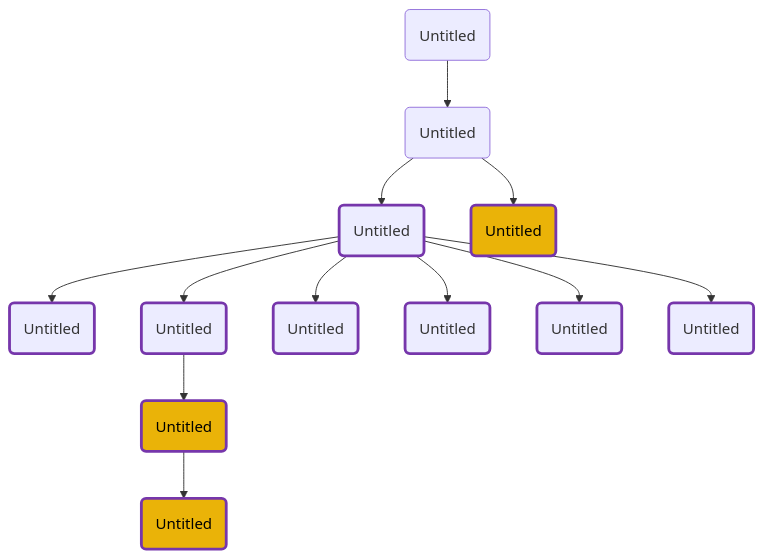
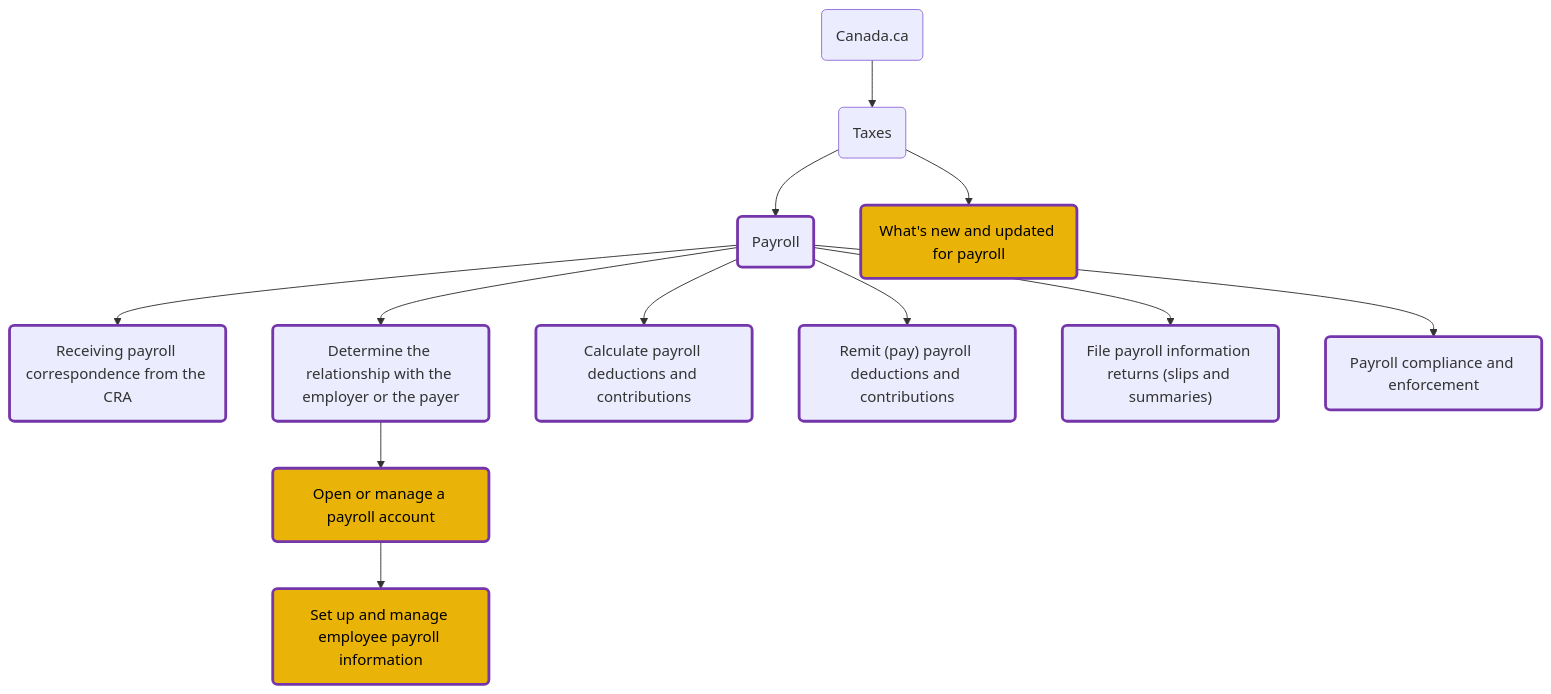
One commit to cra-proto/test-payroll-2026 changed the diagram in README.md. Above: the diagram before and after it, drawn with Mermaid.

Commit message:
Update README.md (via Design Assistant)

````diff
--- a/README.md
+++ b/README.md
@@ -32,42 +32,42 @@
 ```mermaid
 flowchart TD;
-    node1(Untitled)
-    node2(Untitled)
-    node3(Untitled)
-    node4(Untitled)
-    node5(Untitled)
-    node6(Untitled)
-    node7(Untitled)
-    node8(Untitled)
-    node9(Untitled)
-    node10(Untitled)
-    node11(Untitled)
-    node12(Untitled)
+    node1(Canada.ca)
+    node2(Taxes)
+    node3(Payroll)
+    node4(Receiving payroll correspondence from the CRA)
+    node5(Determine the relationship with the employer or the payer)
+    node6(Open or manage a payroll account)
+    node7(Set up and manage employee payroll information)
+    node8(Calculate payroll deductions and contributions)
+    node9(Remit #40;pay#41; payroll deductions and contributions)
+    node10(File payroll information returns #40;slips and summaries#41;)
+    node11(Payroll compliance and enforcement)
+    node12(What's new and updated for payroll)
     node1 --> node2
     node2 --> node3
     node3 --> node4
     node3 --> node5
     node5 --> node6
     node6 --> node7
     node3 --> node8
     node3 --> node9
     node3 --> node10
     node3 --> node11
     node2 --> node12
     click node1 "https://www.canada.ca/en.html" _blank
     click node2 "https://www.canada.ca/en/services/taxes.html" _blank
     click node3 "https://www.canada.ca/en/revenue-agency/services/tax/businesses/topics/payroll.html" _blank
     click node4 "https://www.canada.ca/en/revenue-agency/services/tax/businesses/topics/payroll/file-information-returns-slip-summaries/receiving-payroll.html" _blank
     click node5 "https://www.canada.ca/en/revenue-agency/services/tax/businesses/topics/payroll/determine-relationship-employer-payer.html" _blank
     click node6 "https://www.canada.ca/en/revenue-agency/services/tax/businesses/topics/payroll/open-manage-payroll-account.html" _blank
     click node7 "https://www.canada.ca/en/revenue-agency/services/tax/businesses/topics/payroll/set-up-new-employee.html" _blank
     click node8 "https://www.canada.ca/en/revenue-agency/services/tax/businesses/topics/payroll/calculating-deductions.html" _blank
     click node9 "https://www.canada.ca/en/revenue-agency/services/tax/businesses/topics/payroll/remitting-source-deductions.html" _blank
     click node10 "https://www.canada.ca/en/revenue-agency/services/tax/businesses/topics/payroll/file-information-returns-slip-summaries.html" _blank
     click node11 "https://www.canada.ca/en/revenue-agency/services/tax/businesses/topics/payroll/payroll-compliance-enforcement.html" _blank
     click node12 "https://www.canada.ca/en/revenue-agency/services/tax/businesses/topics/payroll/whats-new-payroll.html" _blank
     classDef inscope stroke:#7636ab,stroke-width:3px
     class node3,node4,node5,node6,node7,node8,node9,node10,node11,node12 inscope
     classDef ismoved fill:#eab308,color:#000
     class node6,node7,node12 ismoved
 ```
````
